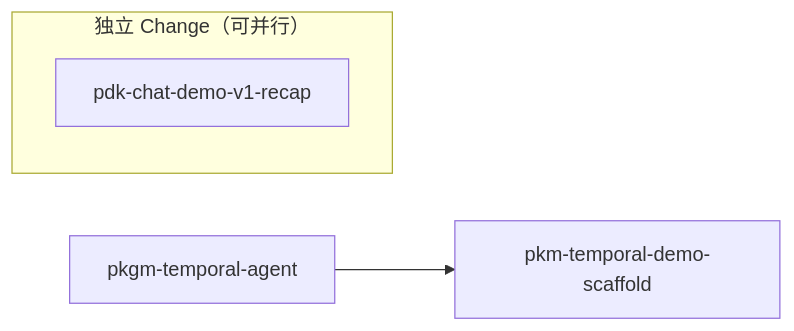
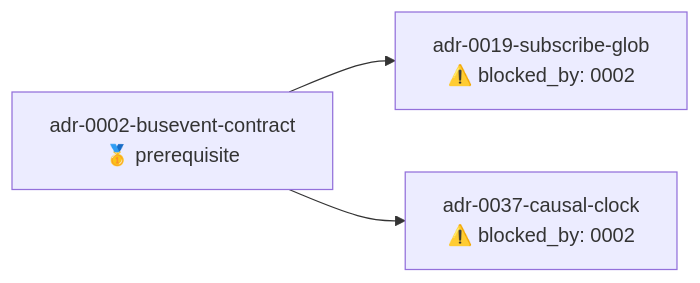
Before and after one commit to chisuhua/HydraForge: the diagram in .rddf/state/.deps-output.md, drawn with Mermaid. The commit also changed other lines of this file and 11 other files, not shown here.

````diff
--- a/.rddf/state/.deps-output.md
+++ b/.rddf/state/.deps-output.md
@@ -8,7 +17,9 @@
 ```mermaid
 flowchart LR
-    subgraph independent["独立 Change（可并行）"]
-        A[pdk-chat-demo-v1-recap]
-    end
-    B[pkgm-temporal-agent] --> C[pkm-temporal-demo-scaffold]
+  0002[adr-0002-busevent-contract<br/>🥇 prerequisite]
+  0019[adr-0019-subscribe-glob<br/>⚠️ blocked_by: 0002]
+  0037[adr-0037-causal-clock<br/>⚠️ blocked_by: 0002]
+
+  0002 --> 0019
+  0002 --> 0037
 ```
````
